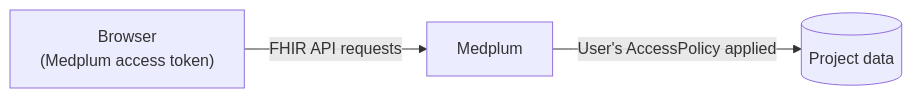
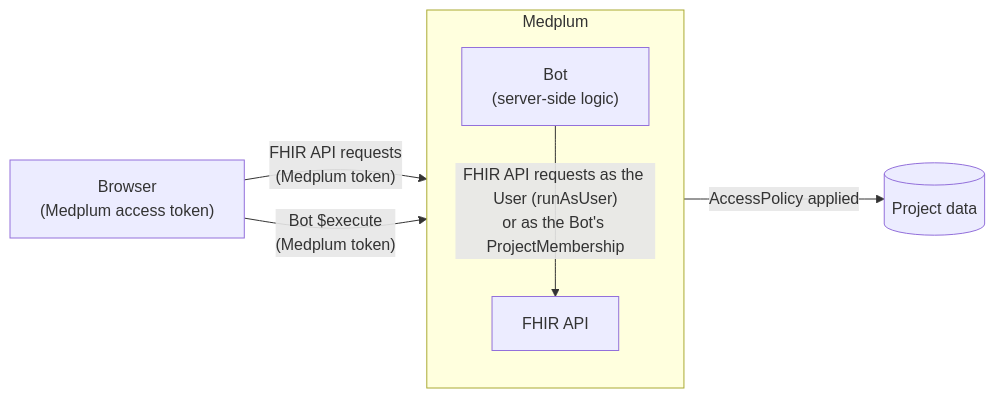
The first of 3 diagrams in packages/docs/content/docs/auth/server-to-server-security.md (medplum/medplum), drawn with Mermaid before and after one commit. The commit also changed other lines of this file, not shown here.

Commit message:
docs: recommend Bots for server-side logic with Medplum tokens

````diff
--- a/packages/docs/content/docs/auth/server-to-server-security.md
+++ b/packages/docs/content/docs/auth/server-to-server-security.md
@@ -20,5 +22,10 @@
 ```mermaid
 flowchart LR
-    B["Browser<br/>(Medplum access token)"] -->|"FHIR API requests"| M["Medplum"]
-    M -->|"User's AccessPolicy applied"| D[("Project data")]
+    B["Browser<br/>(Medplum access token)"] -->|"FHIR API requests<br/>(Medplum token)"| F
+    B -->|"Bot $execute<br/>(Medplum token)"| BOT
+    subgraph M["Medplum"]
+        direction TB
+        BOT["Bot<br/>(server-side logic)"] -->|"FHIR API requests as the User (runAsUser)<br/>or as the Bot's ProjectMembership"| F["FHIR API"]
+    end
+    F -->|"AccessPolicy applied"| D[("Project data")]
 ```
````
